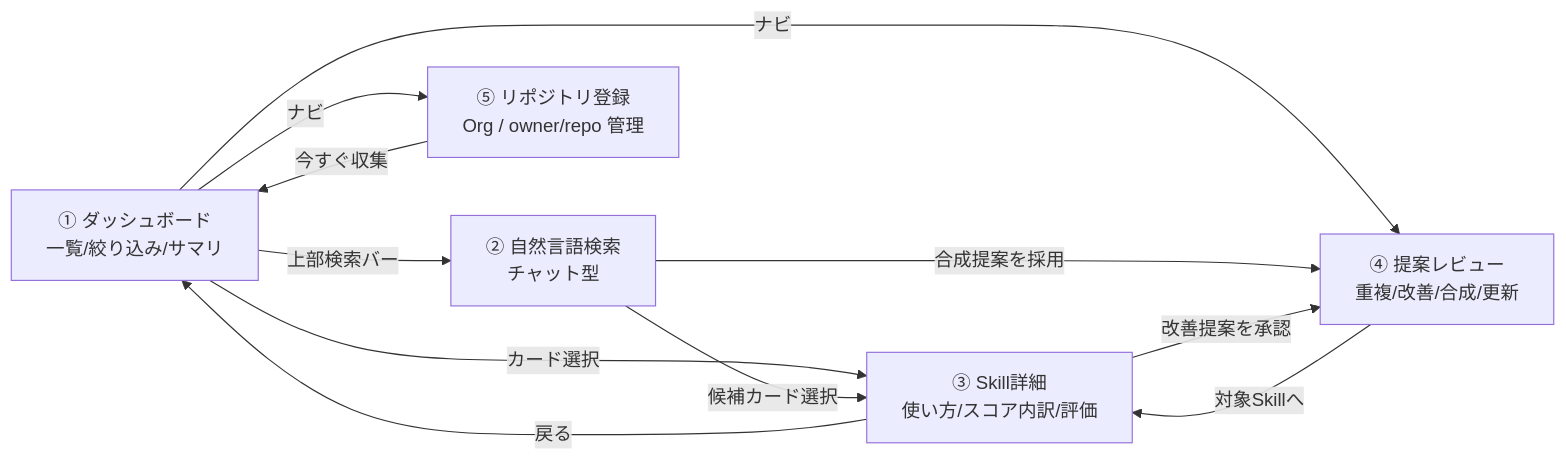
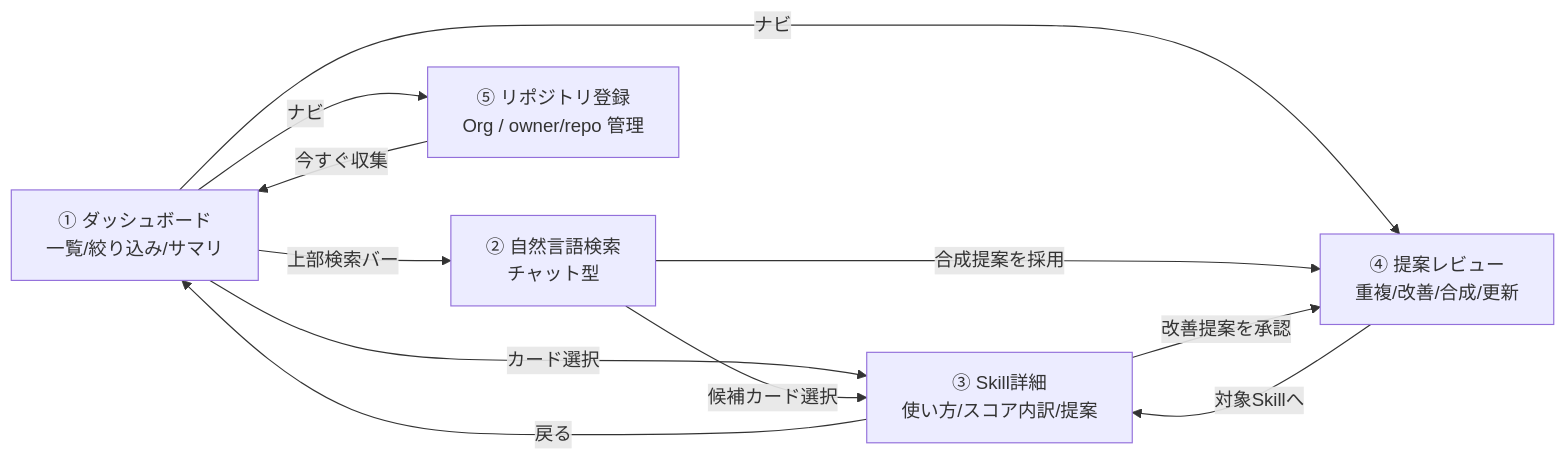
One commit to t-devops-hackathon-2026/SkillsHub changed the first of 8 diagrams in DESIGN.md. Above: the diagram before and after it, drawn with Mermaid. The commit also changed other lines of this file and 3 other files, not shown here.

````diff
--- a/DESIGN.md
+++ b/DESIGN.md
@@ -47,19 +47,19 @@
 ```mermaid
 flowchart LR
     Dash["① ダッシュボード<br/>一覧/絞り込み/サマリ"]
     Search["② 自然言語検索<br/>チャット型"]
-    Detail["③ Skill詳細<br/>使い方/スコア内訳/評価"]
+    Detail["③ Skill詳細<br/>使い方/スコア内訳/提案"]
     Suggest["④ 提案レビュー<br/>重複/改善/合成/更新"]
     Reg["⑤ リポジトリ登録<br/>Org / owner/repo 管理"]
 
     Dash -->|カード選択| Detail
     Dash -->|上部検索バー| Search
     Dash -->|ナビ| Suggest
     Dash -->|ナビ| Reg
     Search -->|候補カード選択| Detail
     Search -->|合成提案を採用| Suggest
     Detail -->|改善提案を承認| Suggest
     Detail -->|戻る| Dash
     Suggest -->|対象Skillへ| Detail
     Reg -->|今すぐ収集| Dash
 ```
````
